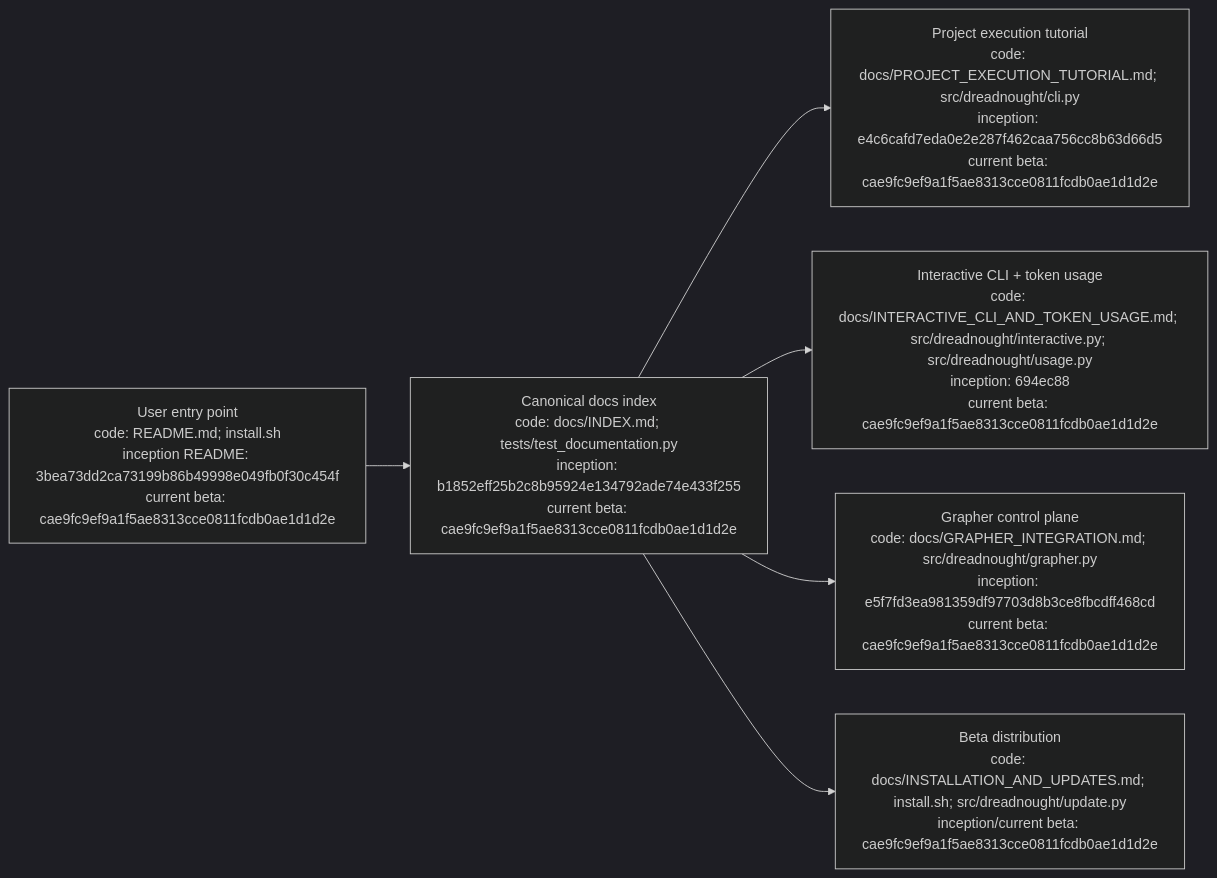
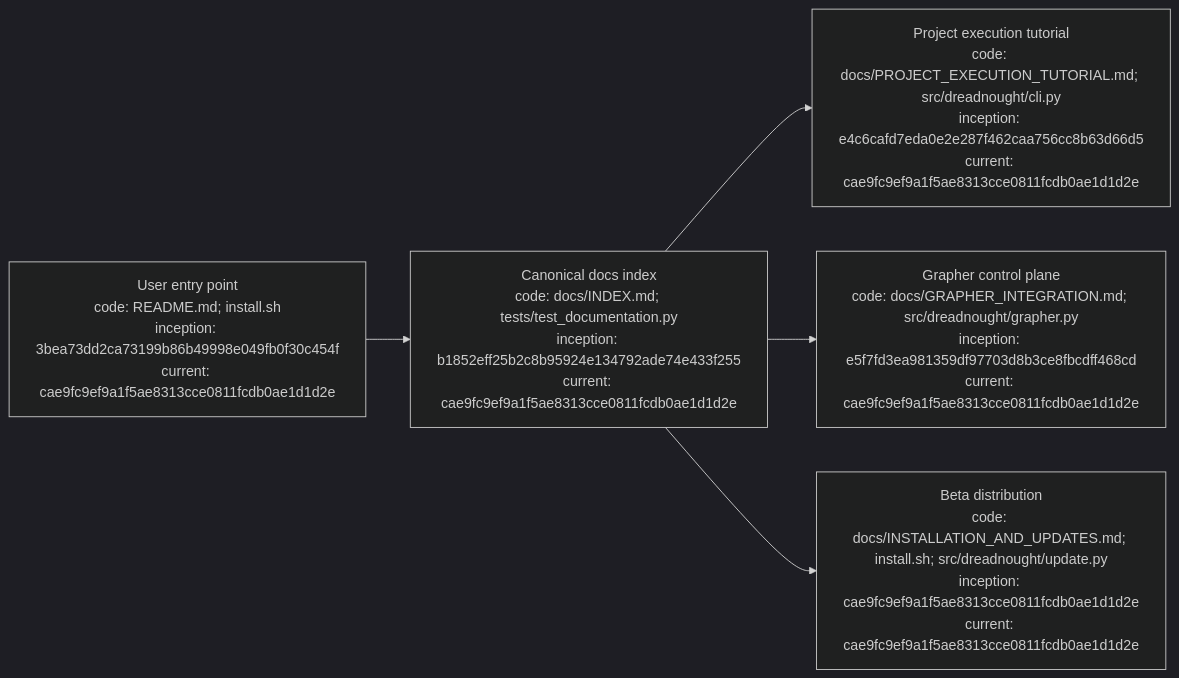
One commit to seanbman/dreadnought changed the diagram in docs/INDEX.md. Above: the diagram before and after it, drawn with Mermaid (dark theme). The commit also changed other lines of this file, not shown here.

Commit message:
Normalize Dreadnought index provenance markers

````diff
--- a/docs/INDEX.md
+++ b/docs/INDEX.md
@@ -62,8 +62,7 @@
 ```mermaid
 flowchart LR
-    R["User entry point\ncode: README.md; install.sh\ninception README: 3bea73dd2ca73199b86b49998e049fb0f30c454f\ncurrent beta: cae9fc9ef9a1f5ae8313cce0811fcdb0ae1d1d2e"] --> I["Canonical docs index\ncode: docs/INDEX.md; tests/test_documentation.py\ninception: b1852eff25b2c8b95924e134792ade74e433f255\ncurrent beta: cae9fc9ef9a1f5ae8313cce0811fcdb0ae1d1d2e"]
-    I --> T["Project execution tutorial\ncode: docs/PROJECT_EXECUTION_TUTORIAL.md; src/dreadnought/cli.py\ninception: e4c6cafd7eda0e2e287f462caa756cc8b63d66d5\ncurrent beta: cae9fc9ef9a1f5ae8313cce0811fcdb0ae1d1d2e"]
-    I --> U["Interactive CLI + token usage\ncode: docs/INTERACTIVE_CLI_AND_TOKEN_USAGE.md; src/dreadnought/interactive.py; src/dreadnought/usage.py\ninception: 694ec88\ncurrent beta: cae9fc9ef9a1f5ae8313cce0811fcdb0ae1d1d2e"]
-    I --> G["Grapher control plane\ncode: docs/GRAPHER_INTEGRATION.md; src/dreadnought/grapher.py\ninception: e5f7fd3ea981359df97703d8b3ce8fbcdff468cd\ncurrent beta: cae9fc9ef9a1f5ae8313cce0811fcdb0ae1d1d2e"]
-    I --> B["Beta distribution\ncode: docs/INSTALLATION_AND_UPDATES.md; install.sh; src/dreadnought/update.py\ninception/current beta: cae9fc9ef9a1f5ae8313cce0811fcdb0ae1d1d2e"]
+    R["User entry point\ncode: README.md; install.sh\ninception: 3bea73dd2ca73199b86b49998e049fb0f30c454f\ncurrent: cae9fc9ef9a1f5ae8313cce0811fcdb0ae1d1d2e"] --> I["Canonical docs index\ncode: docs/INDEX.md; tests/test_documentation.py\ninception: b1852eff25b2c8b95924e134792ade74e433f255\ncurrent: cae9fc9ef9a1f5ae8313cce0811fcdb0ae1d1d2e"]
+    I --> T["Project execution tutorial\ncode: docs/PROJECT_EXECUTION_TUTORIAL.md; src/dreadnought/cli.py\ninception: e4c6cafd7eda0e2e287f462caa756cc8b63d66d5\ncurrent: cae9fc9ef9a1f5ae8313cce0811fcdb0ae1d1d2e"]
+    I --> G["Grapher control plane\ncode: docs/GRAPHER_INTEGRATION.md; src/dreadnought/grapher.py\ninception: e5f7fd3ea981359df97703d8b3ce8fbcdff468cd\ncurrent: cae9fc9ef9a1f5ae8313cce0811fcdb0ae1d1d2e"]
+    I --> B["Beta distribution\ncode: docs/INSTALLATION_AND_UPDATES.md; install.sh; src/dreadnought/update.py\ninception: cae9fc9ef9a1f5ae8313cce0811fcdb0ae1d1d2e\ncurrent: cae9fc9ef9a1f5ae8313cce0811fcdb0ae1d1d2e"]
 ```
````
